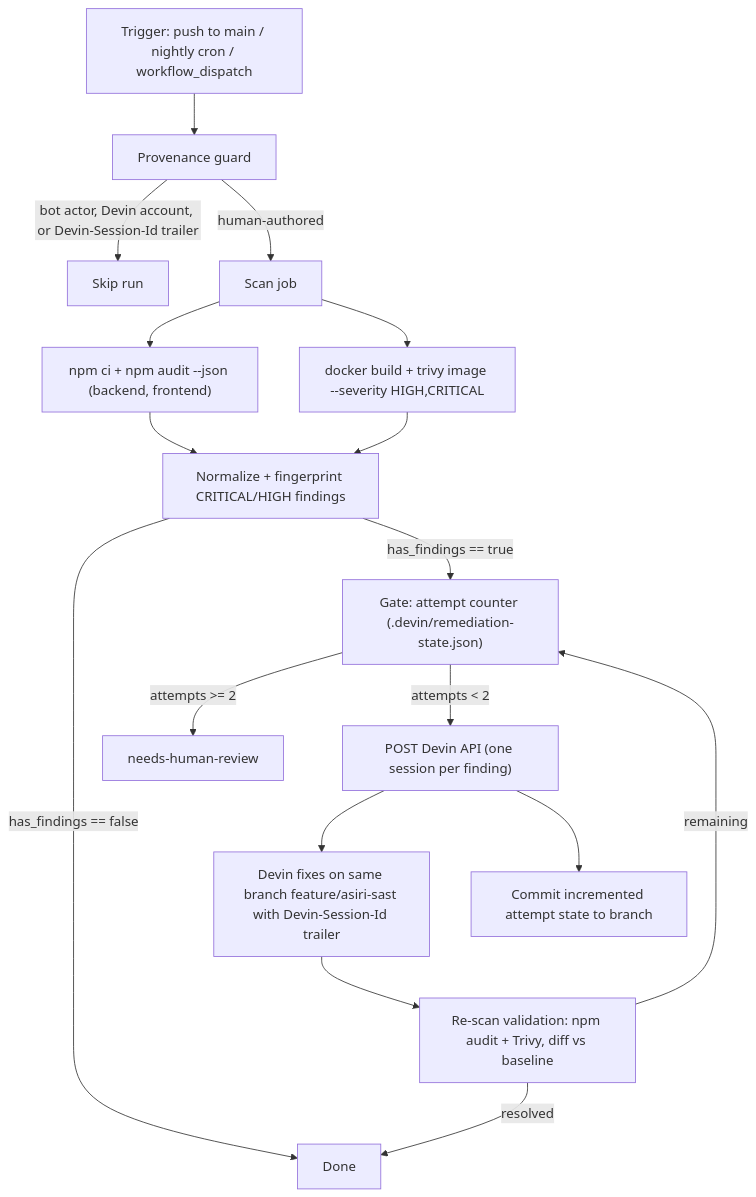
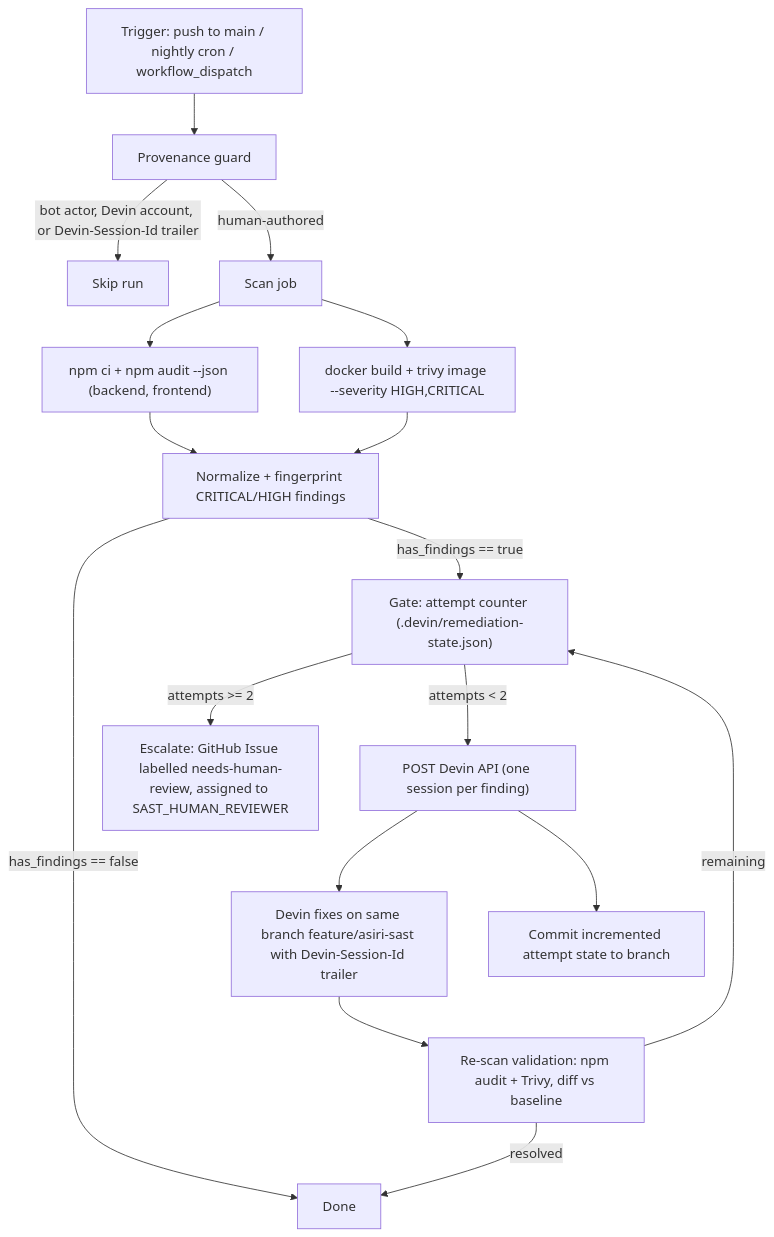
Before and after one commit to codev-workshops/timesheet-app: the second of 2 diagrams in ARCHITECTURE.md, drawn with Mermaid. The commit also changed other lines of this file and 2 other files, not shown here.

Commit message:
ci(sast): escalate exhausted findings to a GitHub Issue assigned to a human reviewer

````diff
--- a/ARCHITECTURE.md
+++ b/ARCHITECTURE.md
@@ -47,19 +47,19 @@
 ```mermaid
 flowchart TD
   T["Trigger: push to main / nightly cron / workflow_dispatch"] --> P["Provenance guard"]
   P -->|"bot actor, Devin account, or Devin-Session-Id trailer"| X["Skip run"]
   P -->|"human-authored"| S["Scan job"]
   S --> A["npm ci + npm audit --json (backend, frontend)"]
   S --> I["docker build + trivy image --severity HIGH,CRITICAL"]
   A --> N["Normalize + fingerprint CRITICAL/HIGH findings"]
   I --> N
   N -->|"has_findings == false"| Z["Done"]
   N -->|"has_findings == true"| G["Gate: attempt counter (.devin/remediation-state.json)"]
-  G -->|"attempts >= 2"| H["needs-human-review"]
+  G -->|"attempts >= 2"| H["Escalate: GitHub Issue labelled needs-human-review, assigned to SAST_HUMAN_REVIEWER"]
   G -->|"attempts < 2"| C["POST Devin API (one session per finding)"]
   C --> F["Devin fixes on same branch feature/asiri-sast with Devin-Session-Id trailer"]
   C --> W["Commit incremented attempt state to branch"]
   F --> R["Re-scan validation: npm audit + Trivy, diff vs baseline"]
   R -->|"resolved"| Z
   R -->|"remaining"| G
 ```
````
